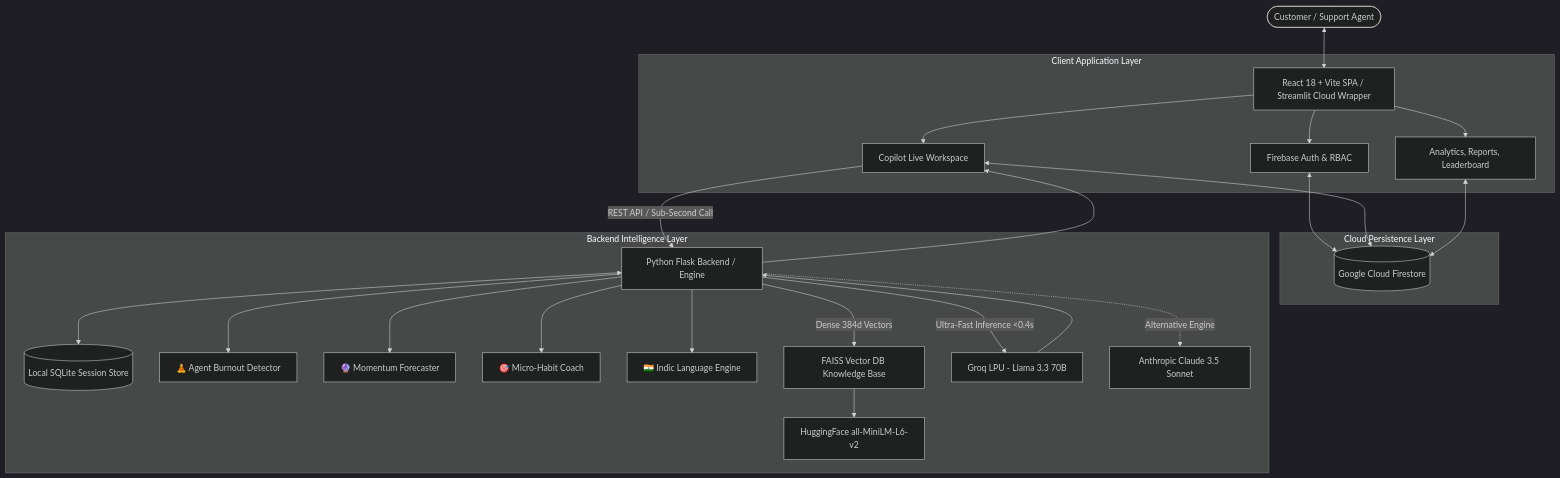
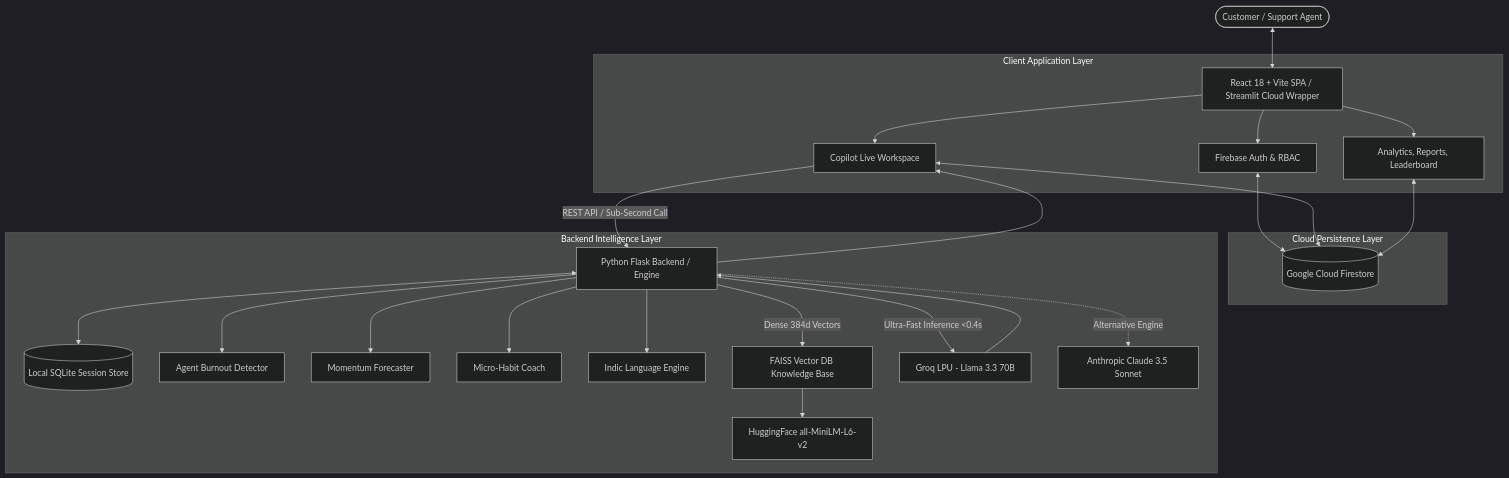
One commit to Guptanshu44/Customer-support-assistant changed the diagram in README.md. Above: the diagram before and after it, drawn with Mermaid (dark theme). The commit also changed other lines of this file and 2 other files, not shown here.

````diff
--- a/README.md
+++ b/README.md
@@ -122,35 +122,35 @@
 ```mermaid
 graph TD
     User([Customer / Support Agent]) <--> Frontend[React 18 + Vite SPA / Streamlit Cloud Wrapper]
     
     subgraph Client Application Layer
         Frontend --> AuthState[Firebase Auth & RBAC]
         Frontend --> Workspace[Copilot Live Workspace]
         Frontend --> Dashboards[Analytics, Reports, Leaderboard]
     end
 
     subgraph Cloud Persistence Layer
         AuthState <--> Firestore[(Google Cloud Firestore)]
         Workspace <--> Firestore
         Dashboards <--> Firestore
     end
 
     subgraph Backend Intelligence Layer
         Workspace -->|REST API / Sub-Second Call| FlaskServer[Python Flask Backend / Engine]
         FlaskServer <--> SQLiteDB[(Local SQLite Session Store)]
         
-        FlaskServer --> EngineBurnout[🧘 Agent Burnout Detector]
-        FlaskServer --> EngineMomentum[🔮 Momentum Forecaster]
-        FlaskServer --> EngineHabit[🎯 Micro-Habit Coach]
-        FlaskServer --> EngineIndic[🇮🇳 Indic Language Engine]
+        FlaskServer --> EngineBurnout[Agent Burnout Detector]
+        FlaskServer --> EngineMomentum[Momentum Forecaster]
+        FlaskServer --> EngineHabit[Micro-Habit Coach]
+        FlaskServer --> EngineIndic[Indic Language Engine]
         
         FlaskServer -->|Dense 384d Vectors| FAISS[FAISS Vector DB Knowledge Base]
         FAISS --> Embeddings[HuggingFace all-MiniLM-L6-v2]
         
         FlaskServer -->|Ultra-Fast Inference <0.4s| GroqLLM[Groq LPU - Llama 3.3 70B]
         FlaskServer -.->|Alternative Engine| ClaudeLLM[Anthropic Claude 3.5 Sonnet]
     end
 
     GroqLLM --> FlaskServer
     FlaskServer --> Workspace
 ```
````
